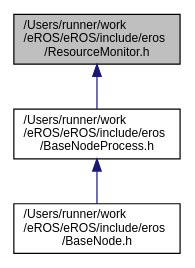
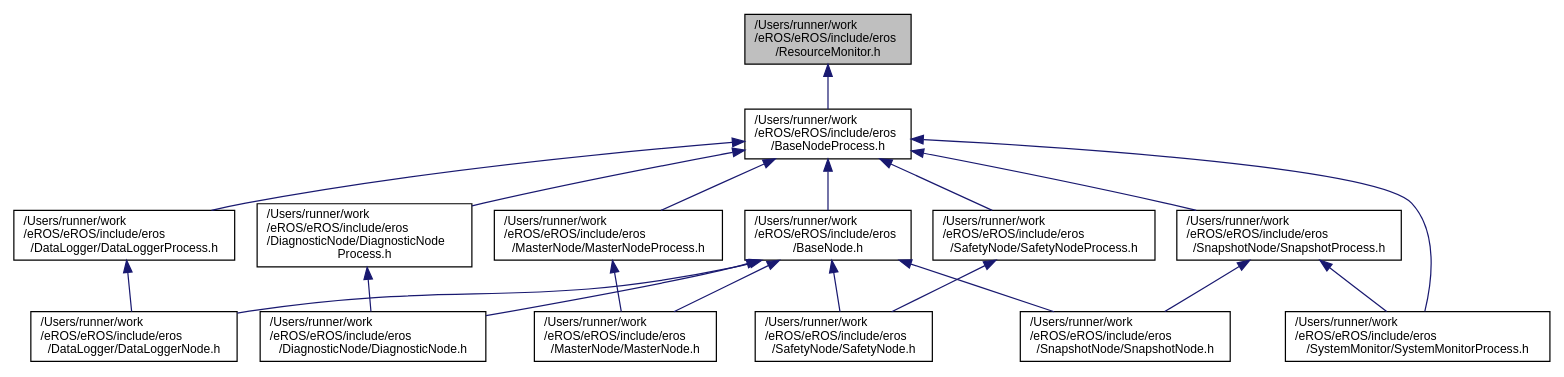
Before and after one commit to dgitz/eros: the diagram in ResourceMonitor_8h__dep__incl.dot, drawn with Graphviz. The commit also changed 305 other files, not shown here.

```diff
--- a/ResourceMonitor_8h__dep__incl.dot
+++ b/ResourceMonitor_8h__dep__incl.dot
@@ -1,11 +1,39 @@
 digraph "/Users/runner/work/eROS/eROS/include/eros/ResourceMonitor.h"
 {
  // LATEX_PDF_SIZE
   edge [fontname="Helvetica",fontsize="10",labelfontname="Helvetica",labelfontsize="10"];
   node [fontname="Helvetica",fontsize="10",shape=record];
   Node1 [label="/Users/runner/work\l/eROS/eROS/include/eros\l/ResourceMonitor.h",height=0.2,width=0.4,color="black", fillcolor="grey75", style="filled", fontcolor="black",tooltip=" "];
   Node1 -> Node2 [dir="back",color="midnightblue",fontsize="10",style="solid",fontname="Helvetica"];
   Node2 [label="/Users/runner/work\l/eROS/eROS/include/eros\l/BaseNodeProcess.h",height=0.2,width=0.4,color="black", fillcolor="white", style="filled",URL="$BaseNodeProcess_8h.html",tooltip=" "];
   Node2 -> Node3 [dir="back",color="midnightblue",fontsize="10",style="solid",fontname="Helvetica"];
   Node3 [label="/Users/runner/work\l/eROS/eROS/include/eros\l/BaseNode.h",height=0.2,width=0.4,color="black", fillcolor="white", style="filled",URL="$BaseNode_8h.html",tooltip=" "];
+  Node3 -> Node4 [dir="back",color="midnightblue",fontsize="10",style="solid",fontname="Helvetica"];
+  Node4 [label="/Users/runner/work\l/eROS/eROS/include/eros\l/DataLogger/DataLoggerNode.h",height=0.2,width=0.4,color="black", fillcolor="white", style="filled",URL="$DataLoggerNode_8h.html",tooltip=" "];
+  Node3 -> Node5 [dir="back",color="midnightblue",fontsize="10",style="solid",fontname="Helvetica"];
+  Node5 [label="/Users/runner/work\l/eROS/eROS/include/eros\l/DiagnosticNode/DiagnosticNode.h",height=0.2,width=0.4,color="black", fillcolor="white", style="filled",URL="$DiagnosticNode_8h.html",tooltip=" "];
+  Node3 -> Node6 [dir="back",color="midnightblue",fontsize="10",style="solid",fontname="Helvetica"];
+  Node6 [label="/Users/runner/work\l/eROS/eROS/include/eros\l/MasterNode/MasterNode.h",height=0.2,width=0.4,color="black", fillcolor="white", style="filled",URL="$MasterNode_8h.html",tooltip=" "];
+  Node3 -> Node7 [dir="back",color="midnightblue",fontsize="10",style="solid",fontname="Helvetica"];
+  Node7 [label="/Users/runner/work\l/eROS/eROS/include/eros\l/SafetyNode/SafetyNode.h",height=0.2,width=0.4,color="black", fillcolor="white", style="filled",URL="$SafetyNode_8h.html",tooltip=" "];
+  Node3 -> Node8 [dir="back",color="midnightblue",fontsize="10",style="solid",fontname="Helvetica"];
+  Node8 [label="/Users/runner/work\l/eROS/eROS/include/eros\l/SnapshotNode/SnapshotNode.h",height=0.2,width=0.4,color="black", fillcolor="white", style="filled",URL="$SnapshotNode_8h.html",tooltip=" "];
+  Node2 -> Node9 [dir="back",color="midnightblue",fontsize="10",style="solid",fontname="Helvetica"];
+  Node9 [label="/Users/runner/work\l/eROS/eROS/include/eros\l/DataLogger/DataLoggerProcess.h",height=0.2,width=0.4,color="black", fillcolor="white", style="filled",URL="$DataLoggerProcess_8h.html",tooltip=" "];
+  Node9 -> Node4 [dir="back",color="midnightblue",fontsize="10",style="solid",fontname="Helvetica"];
+  Node2 -> Node10 [dir="back",color="midnightblue",fontsize="10",style="solid",fontname="Helvetica"];
+  Node10 [label="/Users/runner/work\l/eROS/eROS/include/eros\l/DiagnosticNode/DiagnosticNode\lProcess.h",height=0.2,width=0.4,color="black", fillcolor="white", style="filled",URL="$DiagnosticNodeProcess_8h.html",tooltip=" "];
+  Node10 -> Node5 [dir="back",color="midnightblue",fontsize="10",style="solid",fontname="Helvetica"];
+  Node2 -> Node11 [dir="back",color="midnightblue",fontsize="10",style="solid",fontname="Helvetica"];
+  Node11 [label="/Users/runner/work\l/eROS/eROS/include/eros\l/MasterNode/MasterNodeProcess.h",height=0.2,width=0.4,color="black", fillcolor="white", style="filled",URL="$MasterNodeProcess_8h.html",tooltip=" "];
+  Node11 -> Node6 [dir="back",color="midnightblue",fontsize="10",style="solid",fontname="Helvetica"];
+  Node2 -> Node12 [dir="back",color="midnightblue",fontsize="10",style="solid",fontname="Helvetica"];
+  Node12 [label="/Users/runner/work\l/eROS/eROS/include/eros\l/SafetyNode/SafetyNodeProcess.h",height=0.2,width=0.4,color="black", fillcolor="white", style="filled",URL="$SafetyNodeProcess_8h.html",tooltip=" "];
+  Node12 -> Node7 [dir="back",color="midnightblue",fontsize="10",style="solid",fontname="Helvetica"];
+  Node2 -> Node13 [dir="back",color="midnightblue",fontsize="10",style="solid",fontname="Helvetica"];
+  Node13 [label="/Users/runner/work\l/eROS/eROS/include/eros\l/SnapshotNode/SnapshotProcess.h",height=0.2,width=0.4,color="black", fillcolor="white", style="filled",URL="$SnapshotProcess_8h.html",tooltip=" "];
+  Node13 -> Node8 [dir="back",color="midnightblue",fontsize="10",style="solid",fontname="Helvetica"];
+  Node13 -> Node14 [dir="back",color="midnightblue",fontsize="10",style="solid",fontname="Helvetica"];
+  Node14 [label="/Users/runner/work\l/eROS/eROS/include/eros\l/SystemMonitor/SystemMonitorProcess.h",height=0.2,width=0.4,color="black", fillcolor="white", style="filled",URL="$SystemMonitorProcess_8h.html",tooltip=" "];
+  Node2 -> Node14 [dir="back",color="midnightblue",fontsize="10",style="solid",fontname="Helvetica"];
 }
```
